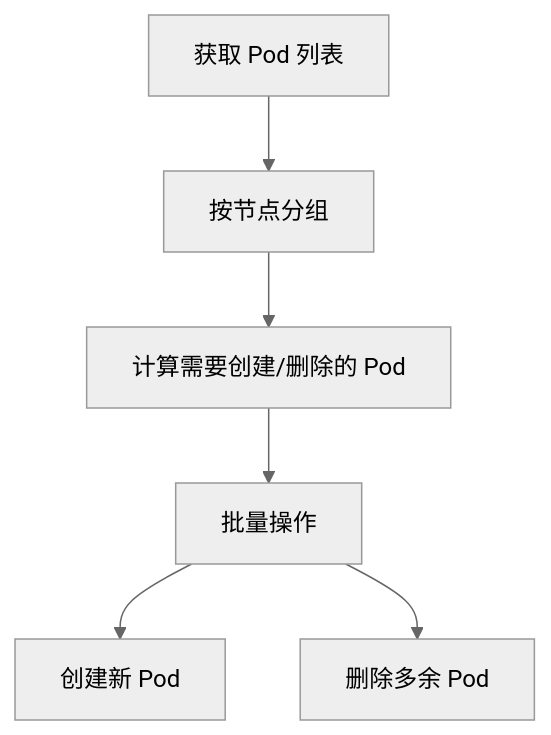
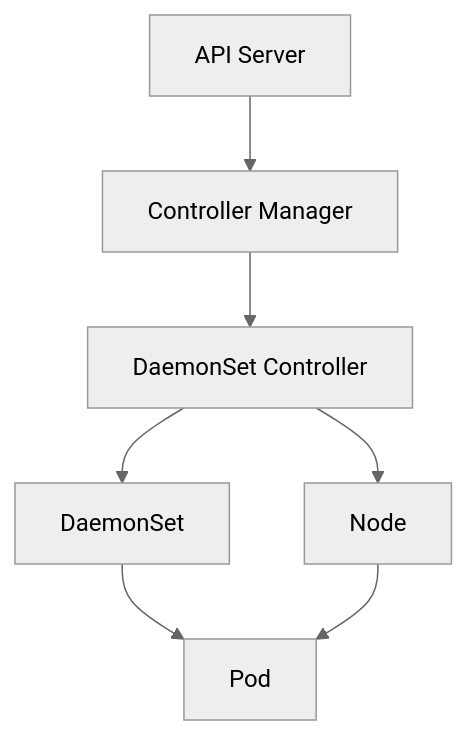
The first of 6 diagrams in docs/deep-dive/daemonset-controller-deep-dive.md (mjczz/k8s-vitepress), drawn with Mermaid (neutral theme) before and after one commit. The commit also changed other lines of this file and 5 other files, not shown here.

````diff
--- a/docs/deep-dive/daemonset-controller-deep-dive.md
+++ b/docs/deep-dive/daemonset-controller-deep-dive.md
@@ -48,8 +25,9 @@
 ```mermaid
-flowchart TD
-    A[获取 Pod 列表] --> B[按节点分组]
-    B --> C[计算需要创建/删除的 Pod]
-    C --> D[批量操作]
-    D --> E[创建新 Pod]
-    D --> F[删除多余 Pod]
+graph TD
+    A[API Server] --> B[Controller Manager]
+    B --> C[DaemonSet Controller]
+    C --> D[DaemonSet]
+    C --> E[Node]
+    D --> F[Pod]
+    E --> F
 ```
````
